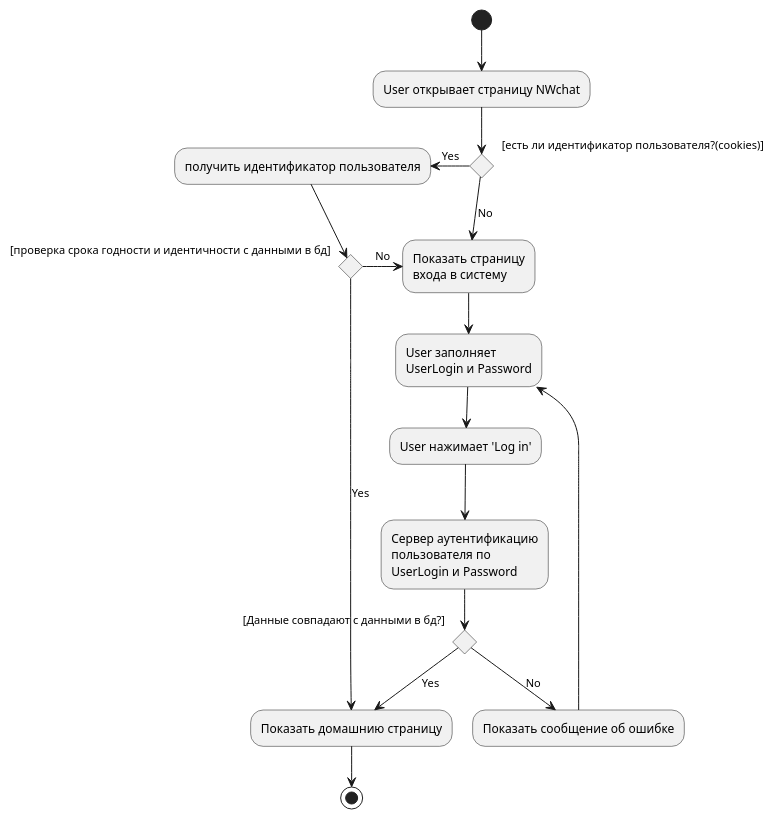
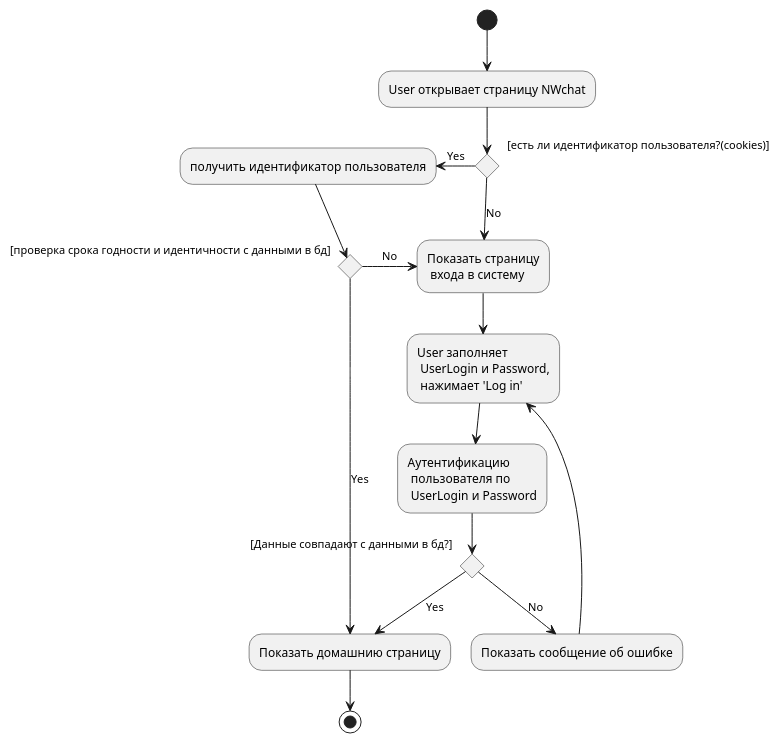
Before and after one commit to Pahoomich/nwchat: the diagram in UML/activity/login_activity.puml, drawn with PlantUML. The commit also changed 3 other files, not shown here.

```diff
--- a/UML/activity/login_activity.puml
+++ b/UML/activity/login_activity.puml
@@ -1,27 +1,22 @@
 @startuml
 
 (*) --> "User открывает страницу NWchat" as init
 if "[есть ли идентификатор пользователя?(cookies)]" then
   -left->[Yes] "получить идентификатор пользователя"
   if "[проверка срока годности и идентичности с данными в бд]" then
-    --> [Yes] "Показать домашнию страницу" as home
+    -> [Yes] "Показать домашнию страницу" as home
     --> (*)
-    else
-     -> [No] "Показать страницу
-            входа в систему" as loginP
+  else
+    -> [No] "Показать страницу\n входа в систему" as loginP
   endif
-  else
-    -->[No] loginP
-   --> "User заполняет
-    UserLogin и Password" as fills
-   --> "User нажимает 'Log in'"
-   --> "Сервер аутентификацию
-   пользователя по
-    UserLogin и Password"
+else
+   -->[No] loginP
+   --> "User заполняет\n UserLogin и Password,\n нажимает 'Log in'" as fills
+   --> "Аутентификацию\n пользователя по\n UserLogin и Password"
    if "[Данные совпадают с данными в бд?]" then
     -->[Yes] home
    else
     -->[No] "Показать сообщение об ошибке"
     -->fills
 endif
 @enduml
```
